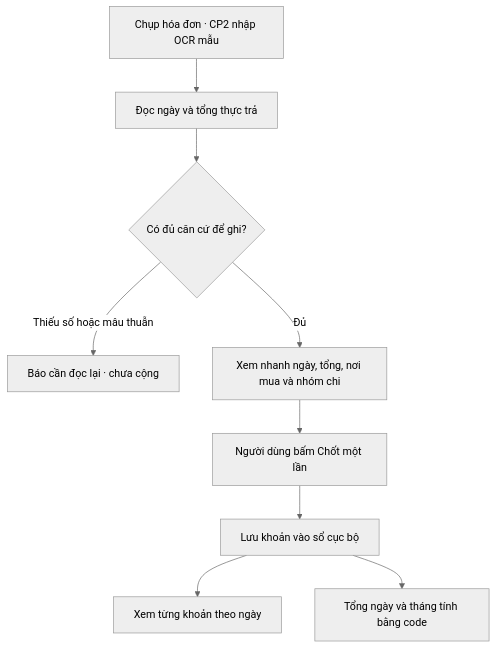
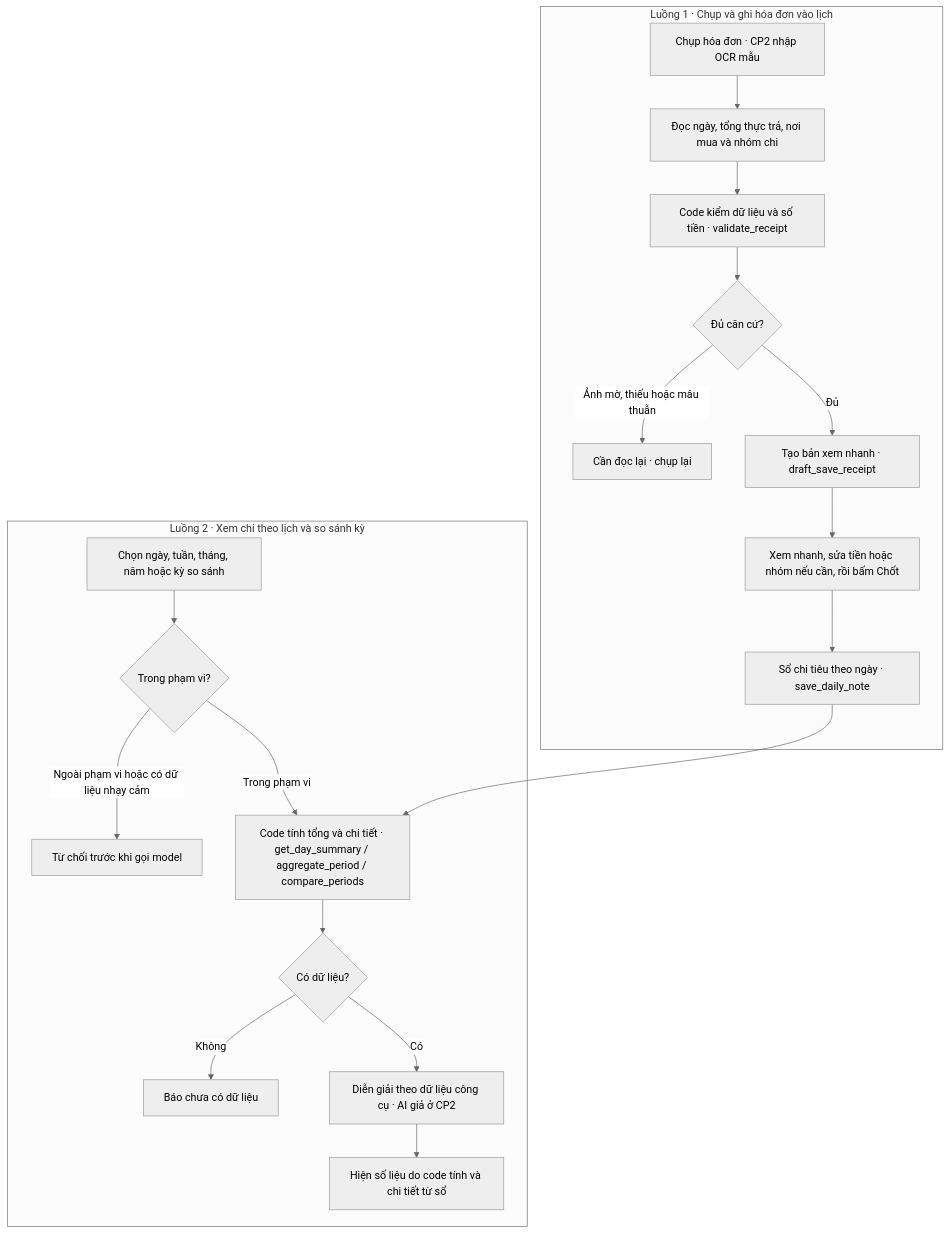
The diagram in spec.md (VinUni-AI20k/K5-L3-Day15-AI-Product-Hackathon), drawn with Mermaid (neutral theme) before and after one commit. The commit also changed other lines of this file and 8 other files, not shown here.

Commit message:
Align receipt review and period reports with the approved workflow

````diff
--- a/spec.md
+++ b/spec.md
@@ -47,11 +47,22 @@
 ```mermaid
 flowchart TD
-    U["Chụp hóa đơn · CP2 nhập OCR mẫu"] --> V["Đọc ngày và tổng thực trả"]
-    V --> K{"Có đủ căn cứ để ghi?"}
-    K -- "Thiếu số hoặc mâu thuẫn" --> P["Báo cần đọc lại · chưa cộng"]
-    K -- "Đủ" --> V2["Xem nhanh ngày, tổng, nơi mua và nhóm chi"]
-    V2 --> C["Người dùng bấm Chốt một lần"]
-    C --> W["Lưu khoản vào sổ cục bộ"]
-    W --> D["Xem từng khoản theo ngày"]
-    W --> M["Tổng ngày và tháng tính bằng code"]
+    subgraph L1["Luồng 1 · Chụp và ghi hóa đơn vào lịch"]
+        U1["Chụp hóa đơn · CP2 nhập OCR mẫu"] --> S1["Đọc ngày, tổng thực trả, nơi mua và nhóm chi"]
+        S1 --> S2["Code kiểm dữ liệu và số tiền · validate_receipt"]
+        S2 --> C1{"Đủ căn cứ?"}
+        C1 -- "Ảnh mờ, thiếu hoặc mâu thuẫn" --> R1["Cần đọc lại · chụp lại"]
+        C1 -- "Đủ" --> DRAFT["Tạo bản xem nhanh · draft_save_receipt"]
+        DRAFT --> H1["Xem nhanh, sửa tiền hoặc nhóm nếu cần, rồi bấm Chốt"]
+        H1 --> DB["Sổ chi tiêu theo ngày · save_daily_note"]
+    end
+    subgraph L2["Luồng 2 · Xem chi theo lịch và so sánh kỳ"]
+        U2["Chọn ngày, tuần, tháng, năm hoặc kỳ so sánh"] --> H2{"Trong phạm vi?"}
+        H2 -- "Ngoài phạm vi hoặc có dữ liệu nhạy cảm" --> STOP["Từ chối trước khi gọi model"]
+        H2 -- "Trong phạm vi" --> CALC["Code tính tổng và chi tiết · get_day_summary / aggregate_period / compare_periods"]
+        DB --> CALC
+        CALC --> C2{"Có dữ liệu?"}
+        C2 -- "Không" --> EMPTY["Báo chưa có dữ liệu"]
+        C2 -- "Có" --> S6["Diễn giải theo dữ liệu công cụ · AI giả ở CP2"]
+        S6 --> S7["Hiện số liệu do code tính và chi tiết từ sổ"]
+    end
 ```
````
